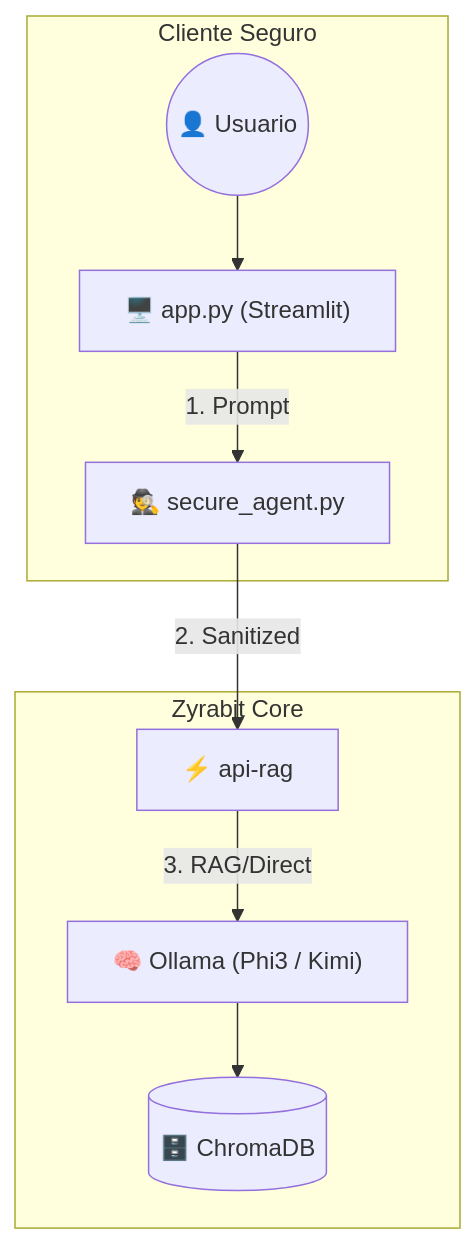
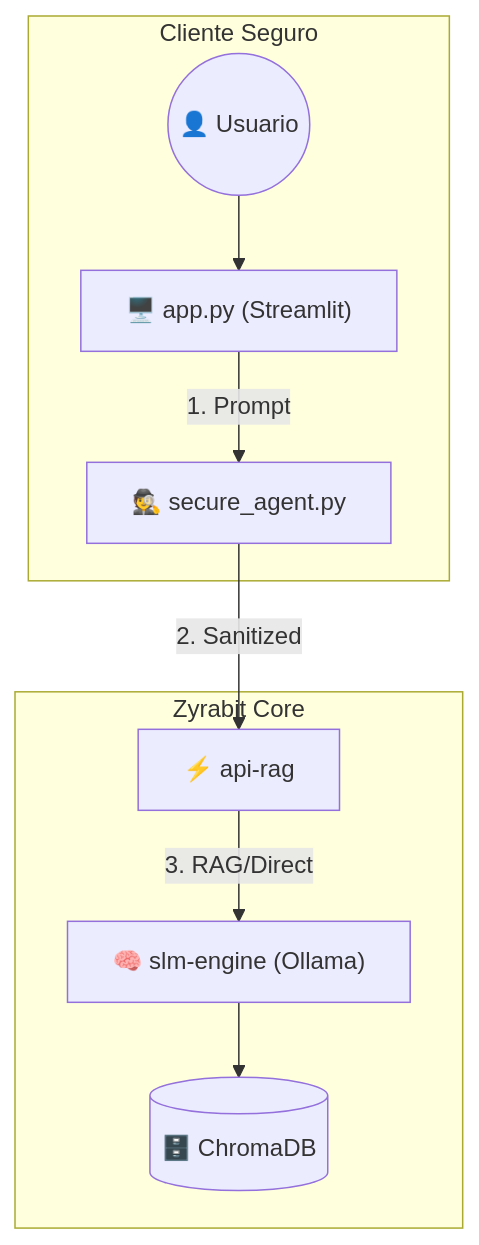
Before and after one commit to Zyrabit-tech/zyrabit-SLM: the diagram in README.md, drawn with Mermaid. The commit also changed other lines of this file and 6 other files, not shown here.

Commit message:
feat: Rename SLM service to `slm-engine`, replace Ollama setup script, and update branding and documentation.

````diff
--- a/README.md
+++ b/README.md
@@ -20,18 +25,18 @@
 ```mermaid
 graph TD
     subgraph "Cliente Seguro"
         User((👤 Usuario))
         Agent["🕵️ secure_agent.py"]
         UI["🖥️ app.py (Streamlit)"]
     end
     subgraph "Zyrabit Core"
         API["⚡ api‑rag"]
-        SLM["🧠 Ollama (Phi3 / Kimi)"]
+        SLM["🧠 slm-engine (Ollama)"]
         VectorDB[("🗄️ ChromaDB")]
     end
     User --> UI
     UI -->|1. Prompt| Agent
     Agent -->|2. Sanitized| API
     API -->|3. RAG/Direct| SLM
     SLM --> VectorDB
 ```
````
